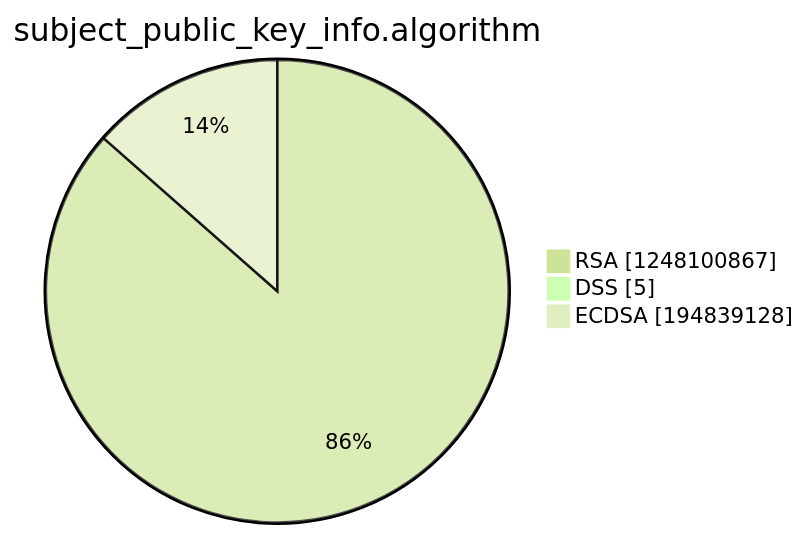
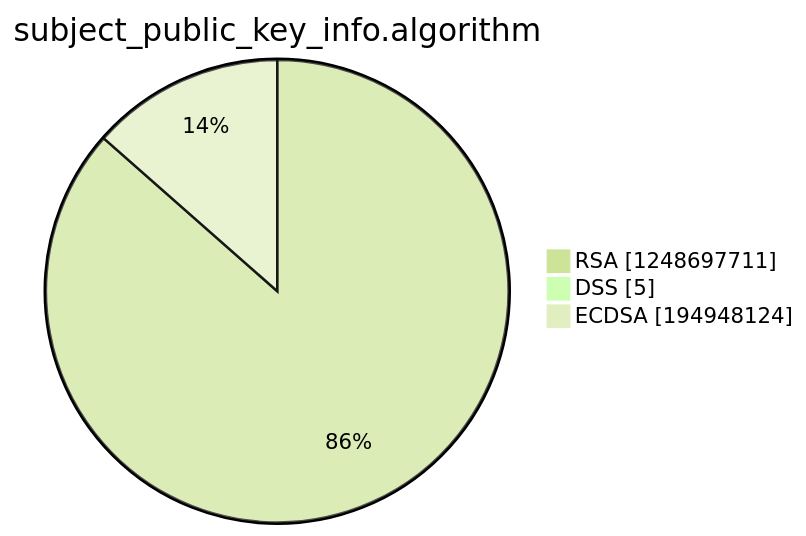
The third of 15 diagrams in argon2022/README.md (christiankrug/ctmonitor_visualization), drawn with Mermaid (forest theme) before and after one commit. The commit also changed other lines of this file, not shown here.

````diff
--- a/argon2022/README.md
+++ b/argon2022/README.md
@@ -14,7 +14,7 @@
 ```mermaid
 pie showData
 title subject_public_key_info.algorithm
-"RSA" :1248100867
+"RSA" :1248697711
 "DSS" :5
-"ECDSA" :194839128
+"ECDSA" :194948124
 ```
````
